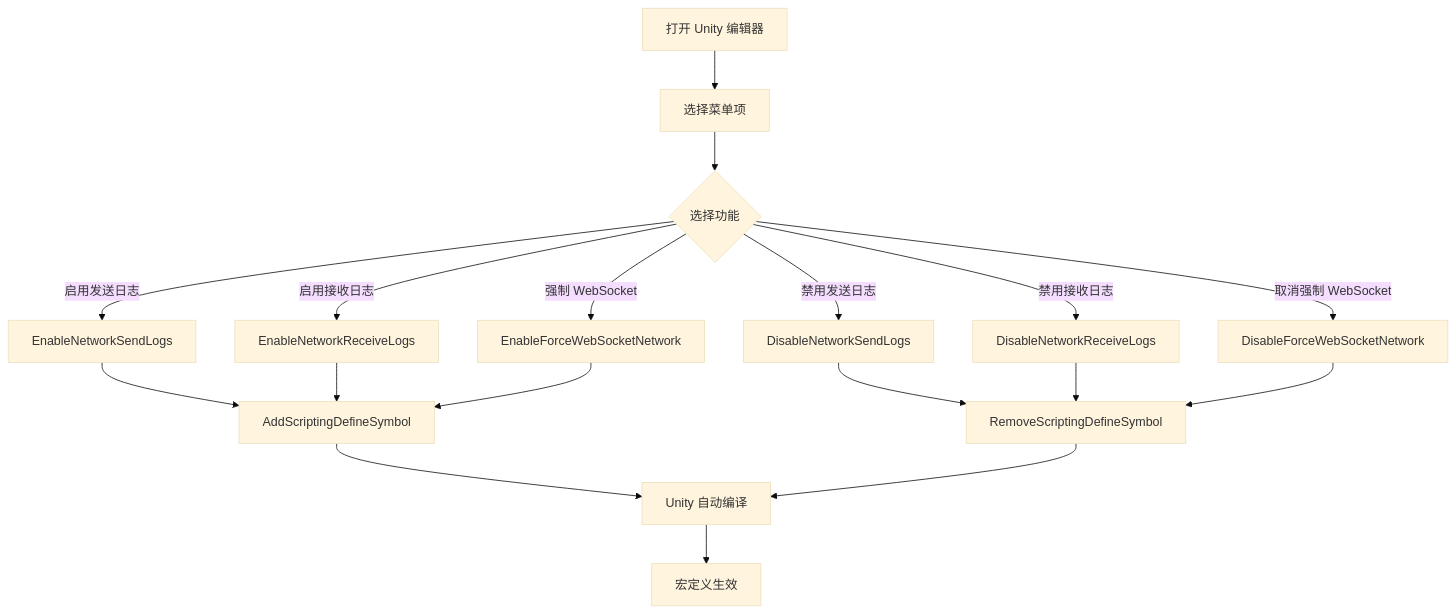
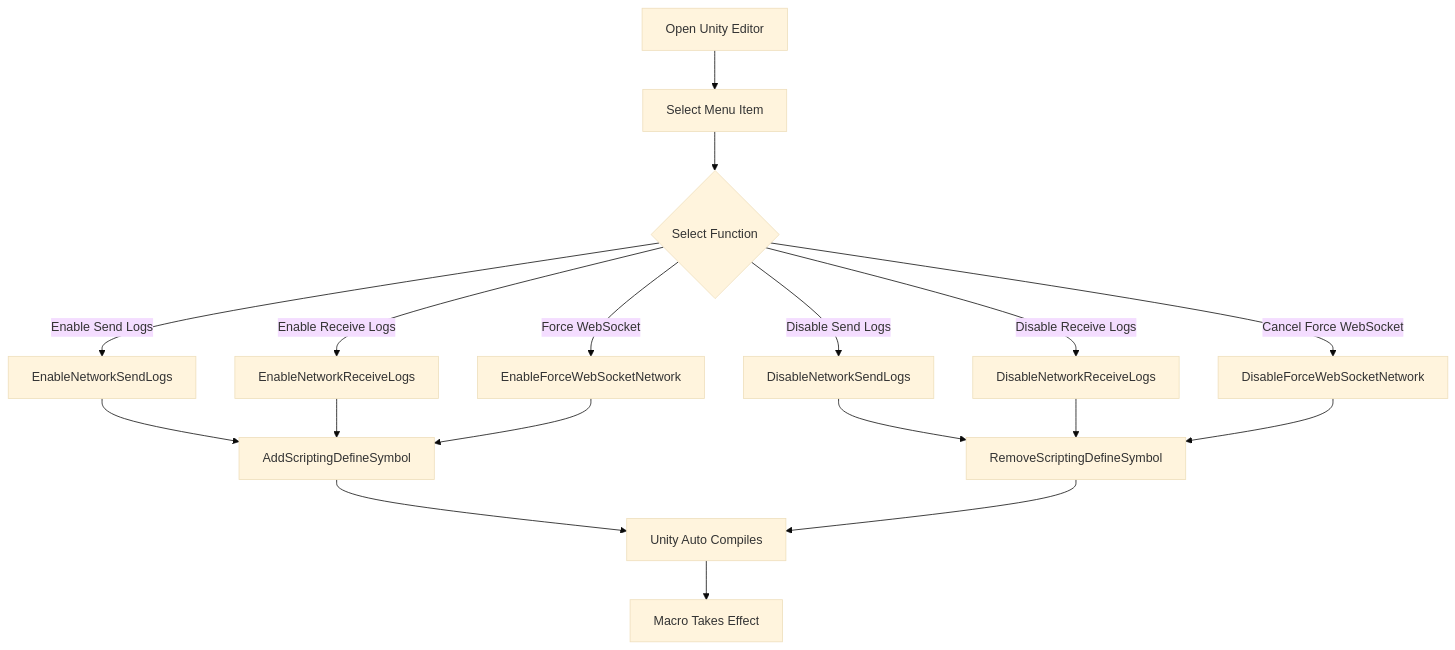
One commit to AlianBlank/GameFrameX.Docs changed the third of 3 diagrams in docs/en/client/unity/component/network/12.editor-configuration.md. Above: the diagram before and after it, drawn with Mermaid (base theme). The commit also changed other lines of this file and 242 other files, not shown here.

````diff
--- a/docs/en/client/unity/component/network/12.editor-configuration.md
+++ b/docs/en/client/unity/component/network/12.editor-configuration.md
@@ -295,24 +295,24 @@
 ```mermaid
 flowchart TD
-    A[打开 Unity 编辑器] --> B[选择菜单项]
-    B --> C{选择功能}
-    
-    C -->|启用发送日志| D[EnableNetworkSendLogs]
-    C -->|禁用发送日志| E[DisableNetworkSendLogs]
-    C -->|启用接收日志| F[EnableNetworkReceiveLogs]
-    C -->|禁用接收日志| G[DisableNetworkReceiveLogs]
-    C -->|强制 WebSocket| H[EnableForceWebSocketNetwork]
-    C -->|取消强制 WebSocket| I[DisableForceWebSocketNetwork]
-    
+    A[Open Unity Editor] --> B[Select Menu Item]
+    B --> C{Select Function}
+
+    C -->|Enable Send Logs| D[EnableNetworkSendLogs]
+    C -->|Disable Send Logs| E[DisableNetworkSendLogs]
+    C -->|Enable Receive Logs| F[EnableNetworkReceiveLogs]
+    C -->|Disable Receive Logs| G[DisableNetworkReceiveLogs]
+    C -->|Force WebSocket| H[EnableForceWebSocketNetwork]
+    C -->|Cancel Force WebSocket| I[DisableForceWebSocketNetwork]
+
     D --> J[AddScriptingDefineSymbol]
     E --> K[RemoveScriptingDefineSymbol]
     F --> J
     G --> K
     H --> J
     I --> K
-    
-    J --> L[Unity 自动编译]
+
+    J --> L[Unity Auto Compiles]
     K --> L
-    
-    L --> M[宏定义生效]
+
+    L --> M[Macro Takes Effect]
 ```
````
